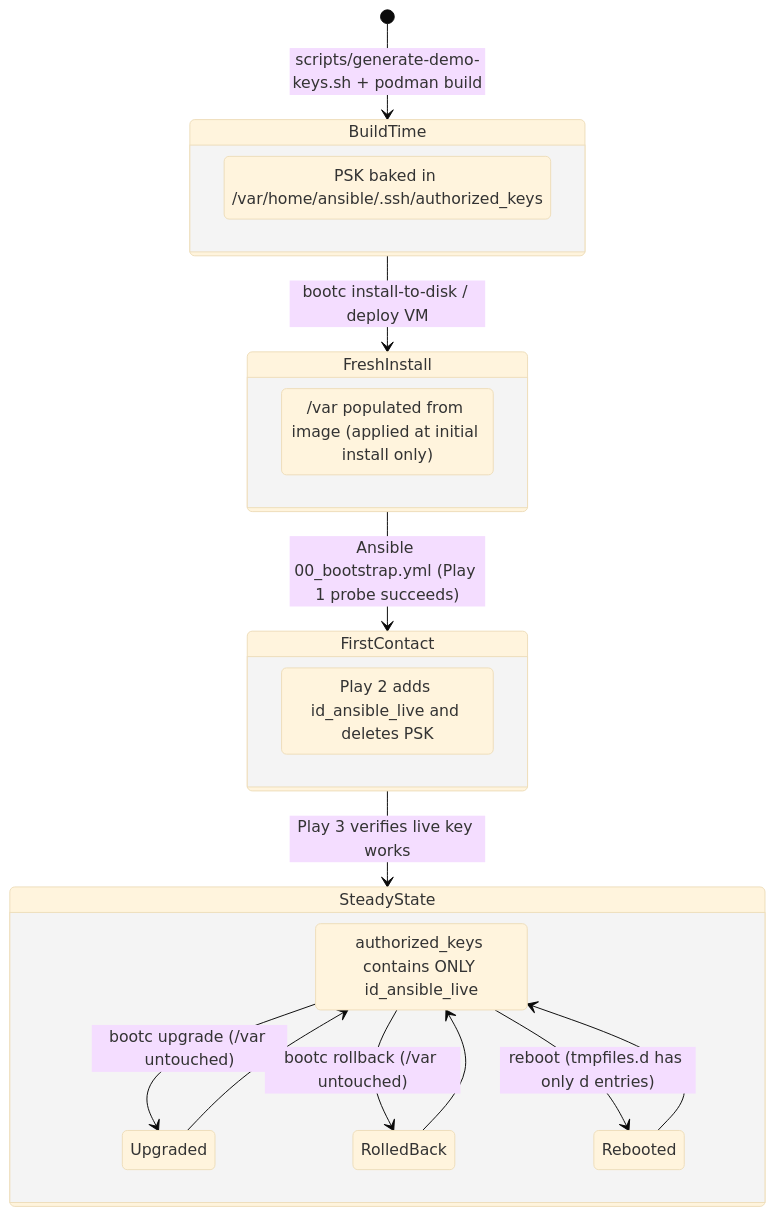
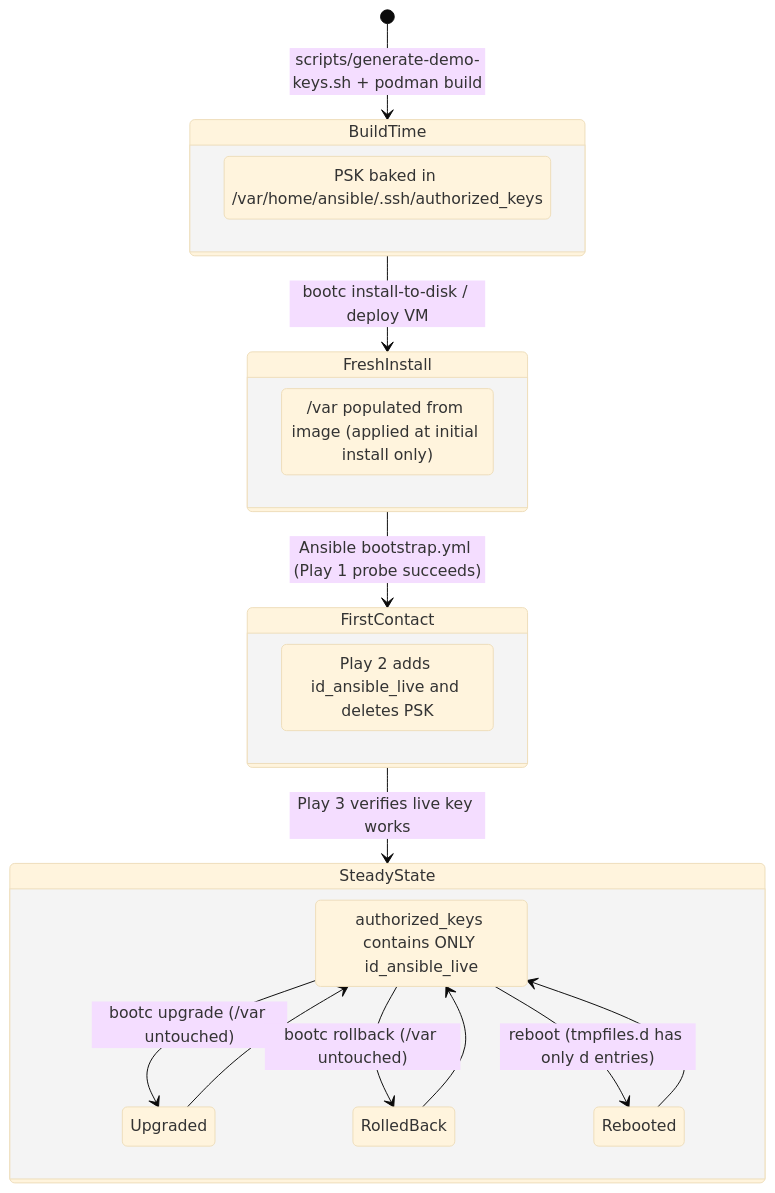
Before and after one commit to nzwulfin/ansible-bootc: the second of 2 diagrams in README.md, drawn with Mermaid (base theme). The commit also changed other lines of this file and 13 other files, not shown here.

````diff
--- a/README.md
+++ b/README.md
@@ -306,26 +306,26 @@
 ```mermaid
 stateDiagram-v2
     direction TB
     [*] --> BuildTime: scripts/generate-demo-keys.sh + podman build
     state BuildTime {
         Baked: PSK baked in /var/home/ansible/.ssh/authorized_keys
     }
     BuildTime --> FreshInstall: bootc install-to-disk / deploy VM
     state FreshInstall {
         FirstBoot: /var populated from image (applied at initial install only)
     }
-    FreshInstall --> FirstContact: Ansible 00_bootstrap.yml (Play 1 probe succeeds)
+    FreshInstall --> FirstContact: Ansible bootstrap.yml (Play 1 probe succeeds)
     state FirstContact {
         Rotated: Play 2 adds id_ansible_live and deletes PSK
     }
     FirstContact --> SteadyState: Play 3 verifies live key works
     state SteadyState {
         LiveOnly: authorized_keys contains ONLY id_ansible_live
         LiveOnly --> Upgraded: bootc upgrade (/var untouched)
         Upgraded --> LiveOnly
         LiveOnly --> RolledBack: bootc rollback (/var untouched)
         RolledBack --> LiveOnly
         LiveOnly --> Rebooted: reboot (tmpfiles.d has only d entries)
         Rebooted --> LiveOnly
     }
 ```
````
